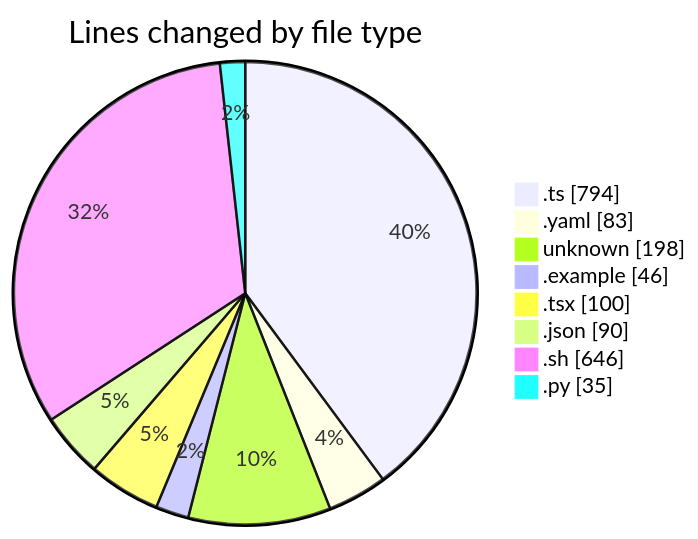
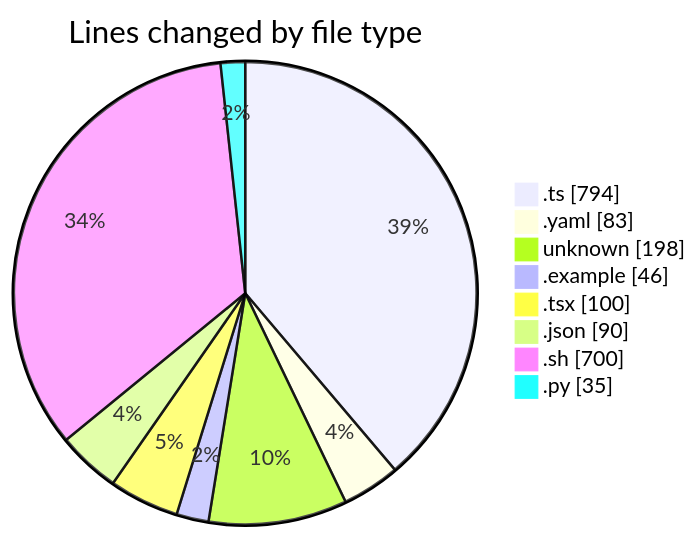
Before and after one commit to mevix1/code-tracking: the first of 2 diagrams in 2025-10-01/open-health/README.md, drawn with Mermaid. The commit also changed other lines of this file and 1 other file, not shown here.

````diff
--- a/2025-10-01/open-health/README.md
+++ b/2025-10-01/open-health/README.md
@@ -53,12 +54,12 @@
 ```mermaid
 pie showData
 title Lines changed by file type
 ".ts" : 794
 ".yaml" : 83
 "unknown" : 198
 ".example" : 46
 ".tsx" : 100
 ".json" : 90
-".sh" : 646
+".sh" : 700
 ".py" : 35
 ```
````
